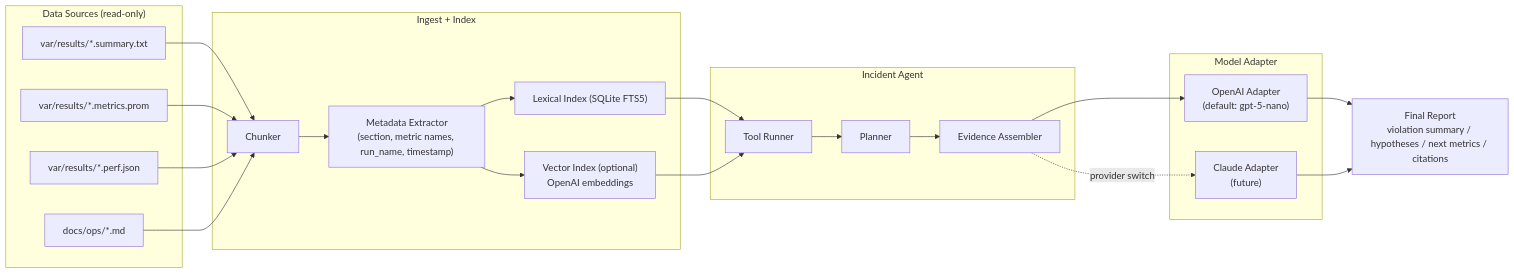
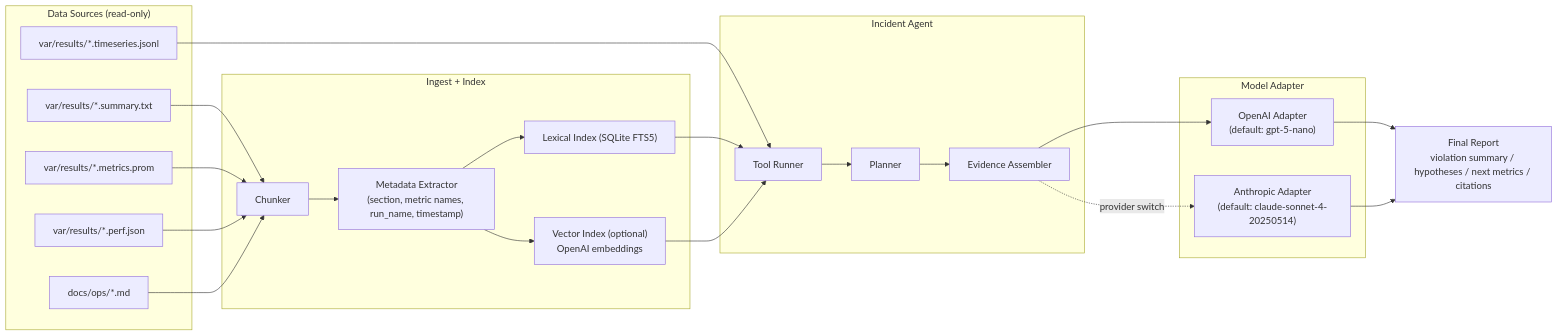
Before and after one commit to wsmaking/event-switchyard: the first of 2 diagrams in docs/ops/ai_rag_agent_triage_design.md, drawn with Mermaid. The commit also changed other lines of this file and 3 other files, not shown here.

````diff
--- a/docs/ops/ai_rag_agent_triage_design.md
+++ b/docs/ops/ai_rag_agent_triage_design.md
@@ -27,43 +27,45 @@
 ```mermaid
 flowchart LR
   subgraph DATA["Data Sources (read-only)"]
     A1["var/results/*.summary.txt"]
     A2["var/results/*.metrics.prom"]
     A3["var/results/*.perf.json"]
-    A4["docs/ops/*.md"]
+    A4["var/results/*.timeseries.jsonl"]
+    A5["docs/ops/*.md"]
   end
 
   subgraph INGEST["Ingest + Index"]
     B1["Chunker"]
     B2["Metadata Extractor\n(section, metric names, run_name, timestamp)"]
     B3["Lexical Index (SQLite FTS5)"]
     B4["Vector Index (optional)\nOpenAI embeddings"]
   end
 
   subgraph ORCH["Incident Agent"]
     C1["Planner"]
     C2["Tool Runner"]
     C3["Evidence Assembler"]
   end
 
   subgraph LLM["Model Adapter"]
     D1["OpenAI Adapter\n(default: gpt-5-nano)"]
-    D2["Claude Adapter\n(future)"]
+    D2["Anthropic Adapter\n(default: claude-sonnet-4-20250514)"]
   end
 
   E1["Final Report\nviolation summary / hypotheses / next metrics / citations"]
 
   A1 --> B1
   A2 --> B1
   A3 --> B1
-  A4 --> B1
+  A4 --> C2
+  A5 --> B1
   B1 --> B2 --> B3
   B2 --> B4
   B3 --> C2
   B4 --> C2
   C2 --> C1 --> C3
   C3 --> D1
   C3 -. provider switch .-> D2
   D1 --> E1
   D2 --> E1
 ```
````
